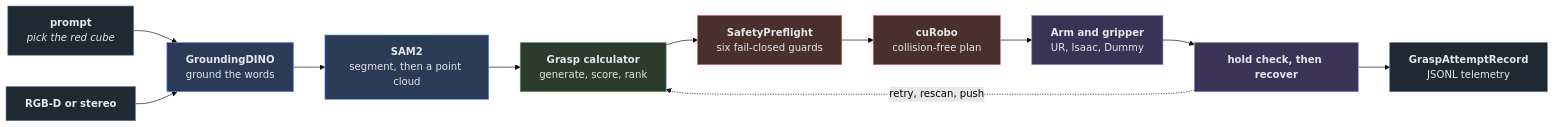
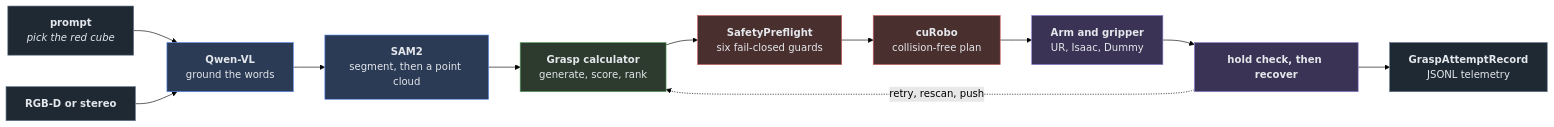
Before and after one commit to ManterJochen/Workaholic-Willy: the second of 2 diagrams in README.md, drawn with Mermaid (forest theme). The commit also changed other lines of this file and 1383 other files, not shown here.

````diff
--- a/README.md
+++ b/README.md
@@ -228,23 +227,23 @@
 ```mermaid
 flowchart LR
     P["<b>prompt</b><br/><i>pick the red cube</i>"]:::io
     C["<b>RGB-D or stereo</b>"]:::io
-    D["<b>GroundingDINO</b><br/>ground the words"]:::perc
+    D["<b>Qwen-VL</b><br/>ground the words"]:::perc
     S["<b>SAM2</b><br/>segment, then a point cloud"]:::perc
     G["<b>Grasp calculator</b><br/>generate, score, rank"]:::grasp
     F["<b>SafetyPreflight</b><br/>six fail-closed guards"]:::safe
     M["<b>cuRobo</b><br/>collision-free plan"]:::safe
     E["<b>Arm and gripper</b><br/>UR, Isaac, Dummy"]:::exe
     V["<b>hold check, then recover</b>"]:::exe
     L["<b>GraspAttemptRecord</b><br/>JSONL telemetry"]:::io
 
     P --> D
     C --> D --> S --> G --> F --> M --> E --> V --> L
     V -.->|"retry, rescan, push"| G
 
     classDef io    fill:#1f2933,stroke:#63768d,color:#e4e7eb
     classDef perc  fill:#2b3a55,stroke:#5b8def,color:#e4e7eb
     classDef grasp fill:#2d3b2f,stroke:#5fa463,color:#e4e7eb
     classDef safe  fill:#4a2f2f,stroke:#d16565,color:#e4e7eb
     classDef exe   fill:#3a3355,stroke:#8b7fd1,color:#e4e7eb
 ```
````
